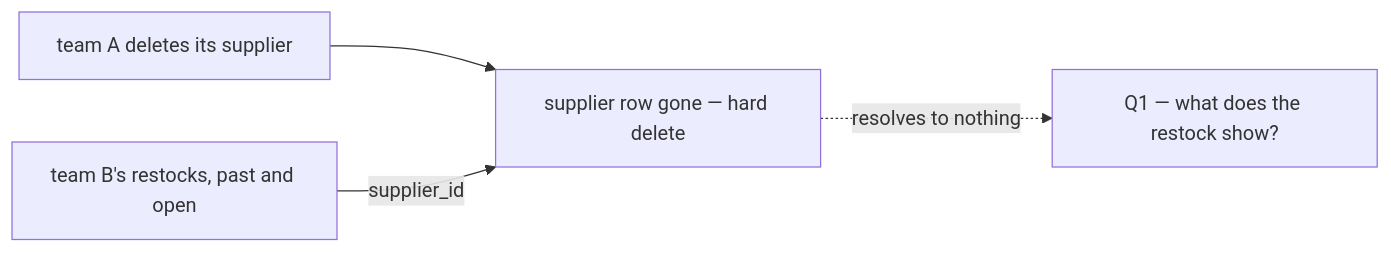
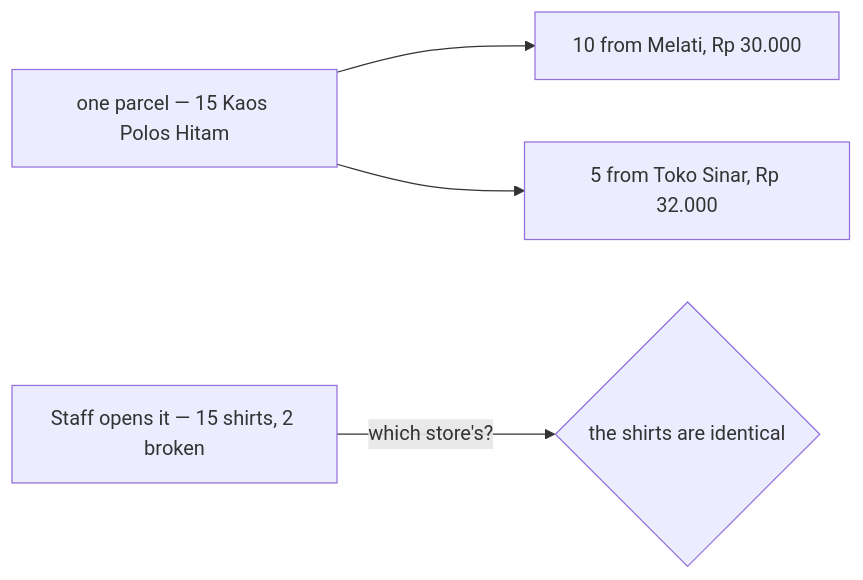
The first of 7 diagrams in docs/business/inventory/restock_clarify.md (pdcgo/warehouse_revamp), drawn with Mermaid before and after one commit. The commit also changed other lines of this file and 213 other files, not shown here.

````diff
--- a/docs/business/inventory/restock_clarify.md
+++ b/docs/business/inventory/restock_clarify.md
@@ -24,6 +151,6 @@
-```mermaid
-flowchart LR
-  A["team A deletes its supplier"] --> G["supplier row gone — hard delete"]
-  B["team B's restocks, past and open"] -->|"supplier_id"| G
-  G -.->|"resolves to nothing"| Q1["Q1 — what does the restock show?"]
-```
+    ```mermaid
+    flowchart LR
+      BOX["one parcel — 15 Kaos Polos Hitam"] --> A["10 from Melati, Rp 30.000"]
+      BOX --> B["5 from Toko Sinar, Rp 32.000"]
+      S["Staff opens it — 15 shirts, 2 broken"] -->|"which store's?"| Q{"the shirts are identical"}
+    ```
````
